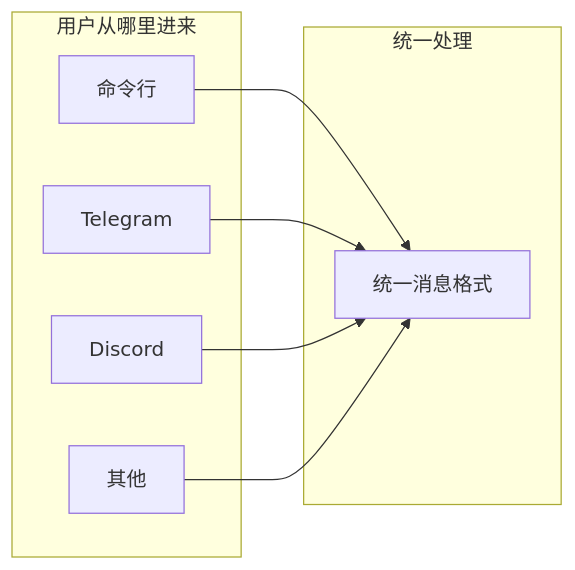
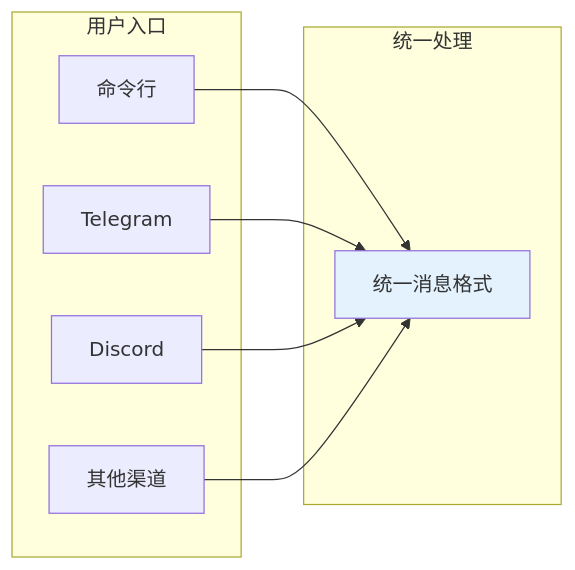
One commit to yeheng/nanobot-rs changed the second of 20 diagrams in docs/architecture.md. Above: the diagram before and after it, drawn with Mermaid. The commit also changed other lines of this file and 11 other files, not shown here.

````diff
--- a/docs/architecture.md
+++ b/docs/architecture.md
@@ -75,18 +79,20 @@
 ```mermaid
 flowchart LR
-    subgraph 用户从哪里进来
+    subgraph 用户入口
         A[命令行]
         B[Telegram]
         C[Discord]
-        D[其他]
+        D[其他渠道]
     end
-    
+
     subgraph 统一处理
         E[统一消息格式]
     end
-    
+
     A --> E
     B --> E
     C --> E
     D --> E
+
+    style E fill:#E3F2FD
 ```
````
